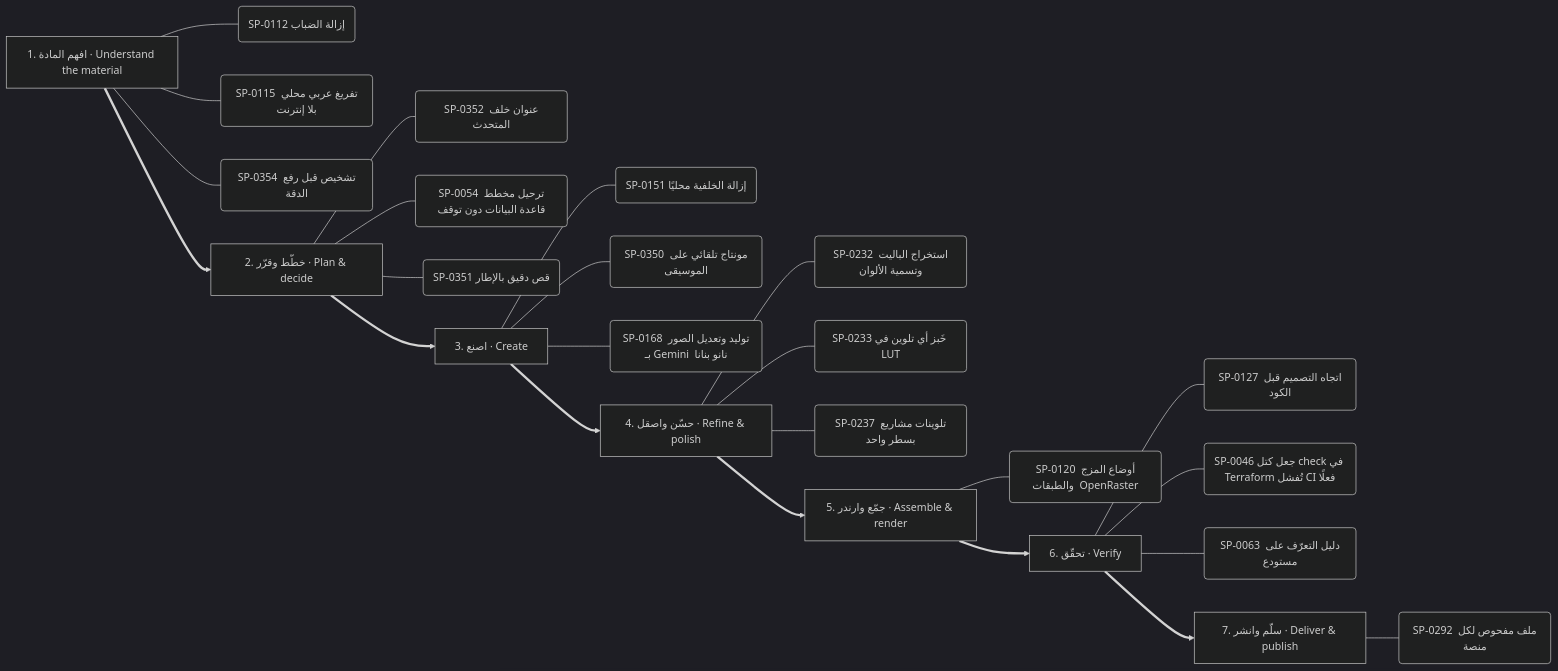
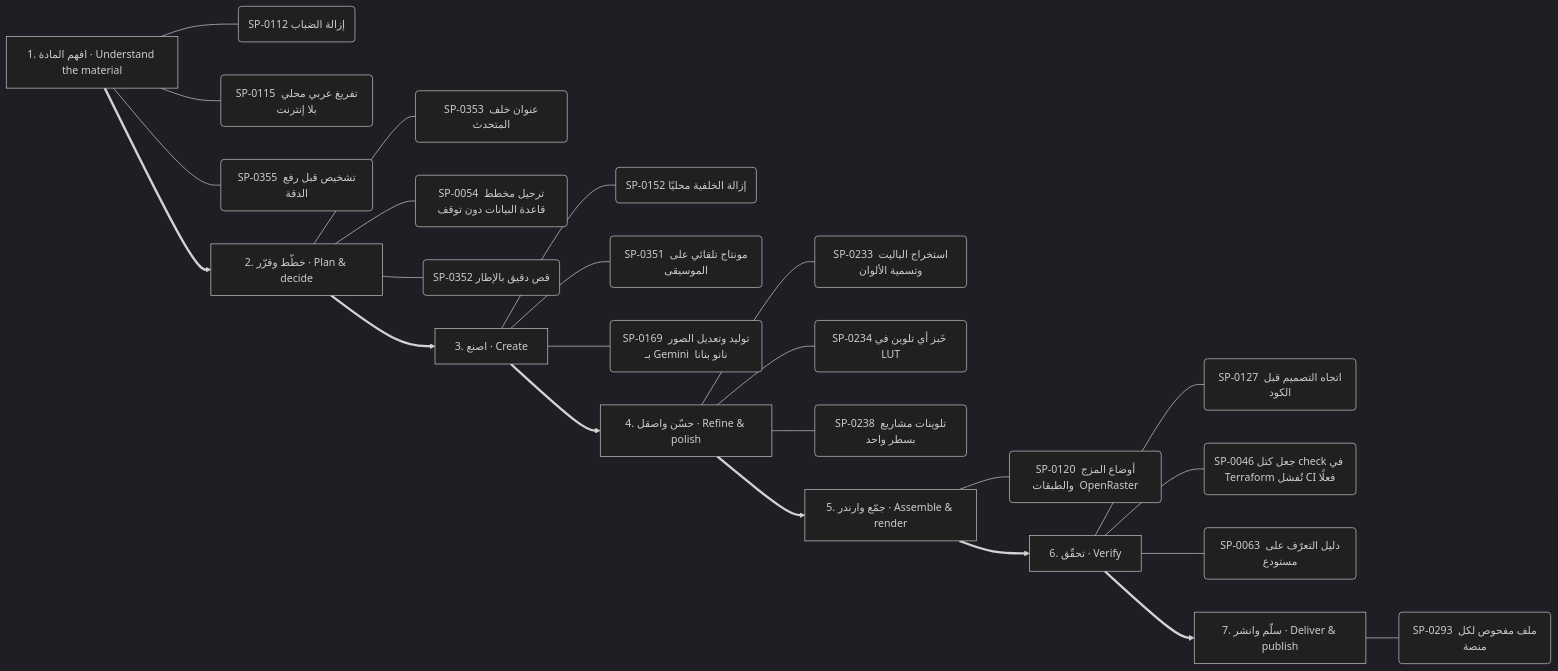
One commit to kosif199022-jpg/kosif-tool changed the seventh of 13 diagrams in .claude/skills/kosif-superpowers/references/capability-mindmap.md. Above: the diagram before and after it, drawn with Mermaid (dark theme). The commit also changed other lines of this file and 65 other files, not shown here.

````diff
--- a/.claude/skills/kosif-superpowers/references/capability-mindmap.md
+++ b/.claude/skills/kosif-superpowers/references/capability-mindmap.md
@@ -365,33 +365,33 @@
 ```mermaid
 flowchart LR
   S0["1. افهم المادة · Understand the material"]
   S0 --- S0_0("SP-0112 إزالة الضباب")
   S0 --- S0_1("SP-0115 تفريغ عربي محلي بلا إنترنت")
-  S0 --- S0_2("SP-0354 تشخيص قبل رفع الدقة")
+  S0 --- S0_2("SP-0355 تشخيص قبل رفع الدقة")
   S1["2. خطّط وقرّر · Plan & decide"]
-  S1 --- S1_0("SP-0352 عنوان خلف المتحدث")
+  S1 --- S1_0("SP-0353 عنوان خلف المتحدث")
   S1 --- S1_1("SP-0054 ترحيل مخطط قاعدة البيانات دون توقف")
-  S1 --- S1_2("SP-0351 قص دقيق بالإطار")
+  S1 --- S1_2("SP-0352 قص دقيق بالإطار")
   S0 ==> S1
   S2["3. اصنع · Create"]
-  S2 --- S2_0("SP-0151 إزالة الخلفية محليًا")
-  S2 --- S2_1("SP-0350 مونتاج تلقائي على الموسيقى")
-  S2 --- S2_2("SP-0168 توليد وتعديل الصور بـ Gemini  نانو بنانا ")
+  S2 --- S2_0("SP-0152 إزالة الخلفية محليًا")
+  S2 --- S2_1("SP-0351 مونتاج تلقائي على الموسيقى")
+  S2 --- S2_2("SP-0169 توليد وتعديل الصور بـ Gemini  نانو بنانا ")
   S1 ==> S2
   S3["4. حسّن واصقل · Refine & polish"]
-  S3 --- S3_0("SP-0232 استخراج الباليت وتسمية الألوان")
-  S3 --- S3_1("SP-0233 خَبز أي تلوين في LUT")
-  S3 --- S3_2("SP-0237 تلوينات مشاريع بسطر واحد")
+  S3 --- S3_0("SP-0233 استخراج الباليت وتسمية الألوان")
+  S3 --- S3_1("SP-0234 خَبز أي تلوين في LUT")
+  S3 --- S3_2("SP-0238 تلوينات مشاريع بسطر واحد")
   S2 ==> S3
   S4["5. جمّع وارندر · Assemble & render"]
   S4 --- S4_0("SP-0120 أوضاع المزج والطبقات  OpenRaster ")
   S3 ==> S4
   S5["6. تحقّق · Verify"]
   S5 --- S5_0("SP-0127 اتجاه التصميم قبل الكود")
   S5 --- S5_1("SP-0046 جعل كتل check في Terraform تُفشل CI فعلًا")
   S5 --- S5_2("SP-0063 دليل التعرّف على مستودع")
   S4 ==> S5
   S6["7. سلّم وانشر · Deliver & publish"]
-  S6 --- S6_0("SP-0292 ملف مفحوص لكل منصة")
+  S6 --- S6_0("SP-0293 ملف مفحوص لكل منصة")
   S5 ==> S6
 ```
````
